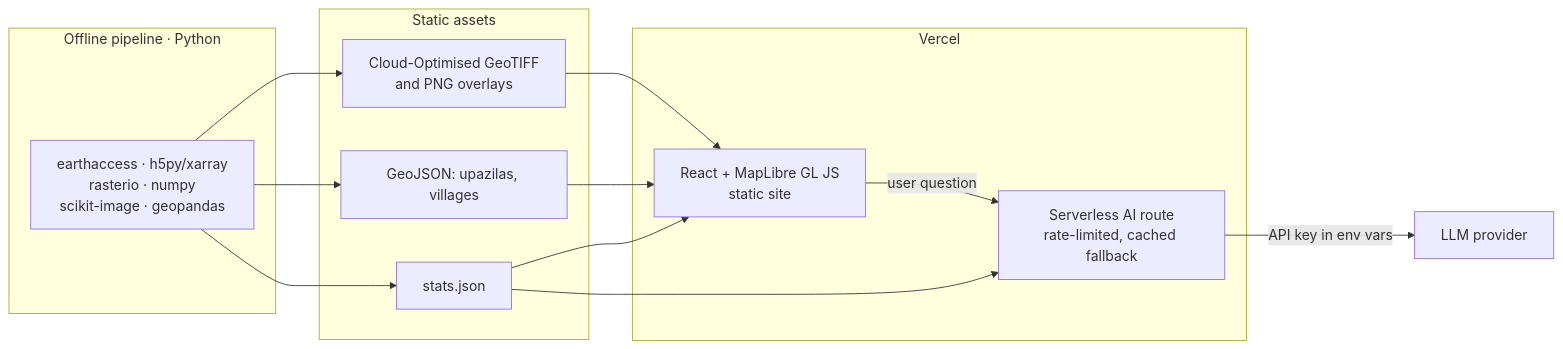
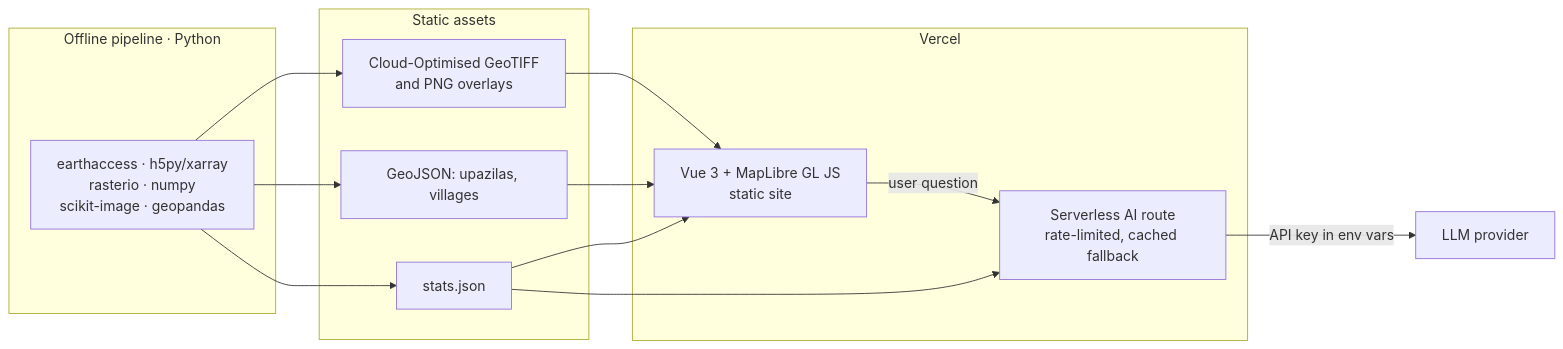
One commit to ProttoyDip/MeghBhed changed the third of 3 diagrams in README.md. Above: the diagram before and after it, drawn with Mermaid. The commit also changed other lines of this file and 16 other files, not shown here.

````diff
--- a/README.md
+++ b/README.md
@@ -193,24 +193,24 @@
 ```mermaid
 flowchart LR
     subgraph OFF["Offline pipeline · Python"]
         P["earthaccess · h5py/xarray<br/>rasterio · numpy<br/>scikit-image · geopandas"]
     end
     subgraph AS["Static assets"]
         COG["Cloud-Optimised GeoTIFF<br/>and PNG overlays"]
         GJ["GeoJSON: upazilas, villages"]
         ST["stats.json"]
     end
     subgraph VC["Vercel"]
-        WEB["React + MapLibre GL JS<br/>static site"]
+        WEB["Vue 3 + MapLibre GL JS<br/>static site"]
         API["Serverless AI route<br/>rate-limited, cached fallback"]
     end
     P --> COG
     P --> GJ
     P --> ST
     COG --> WEB
     GJ --> WEB
     ST --> WEB
     ST --> API
     WEB -- "user question" --> API
     API -- "API key in env vars" --> LLM["LLM provider"]
 ```
````
